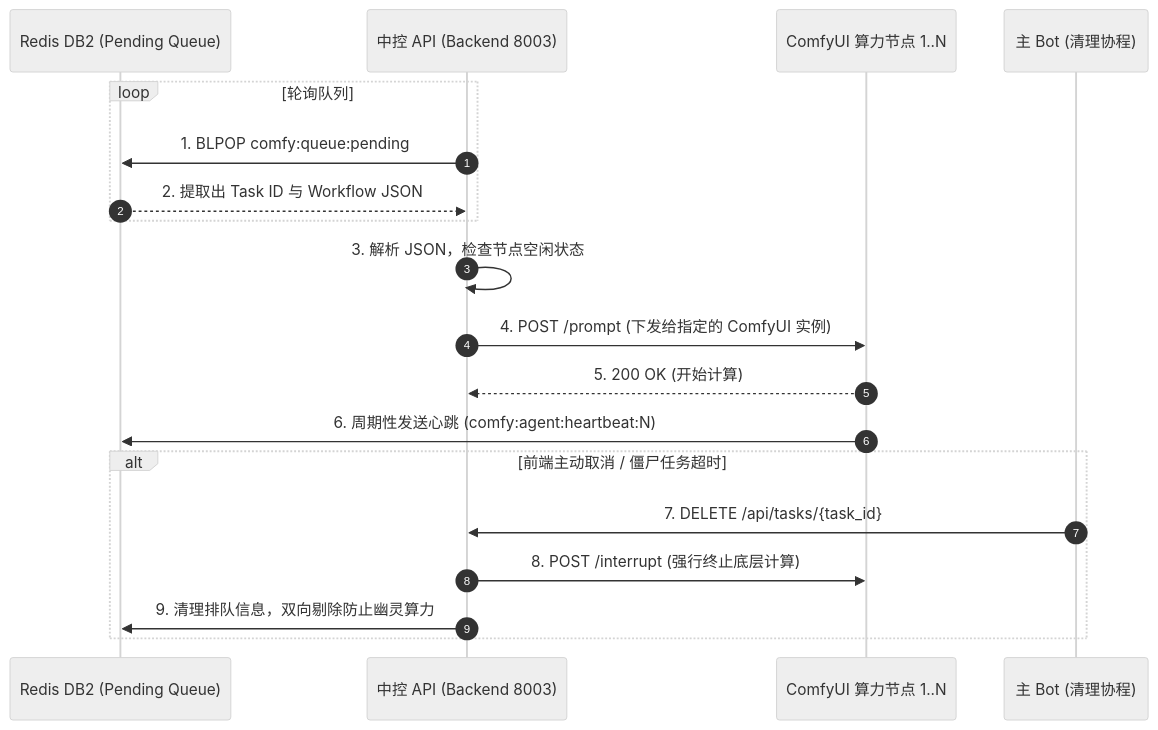
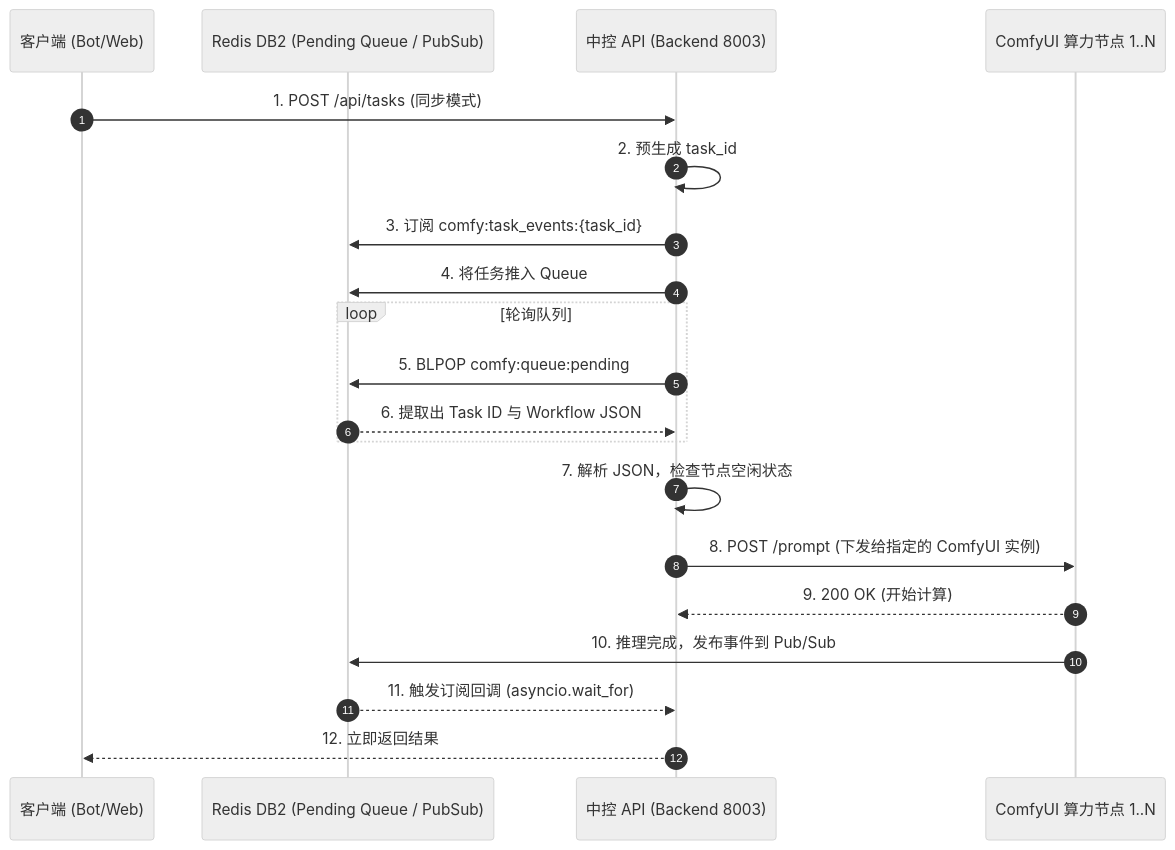
One commit to giraffu/All_bot changed the diagram in docs/子模块_中控API与节点通信_central_api.md. Above: the diagram before and after it, drawn with Mermaid (neutral theme). The commit also changed other lines of this file and 13 other files, not shown here.

````diff
--- a/docs/子模块_中控API与节点通信_central_api.md
+++ b/docs/子模块_中控API与节点通信_central_api.md
@@ -9,25 +9,26 @@
 ```mermaid
 sequenceDiagram
     autonumber
-    participant Redis2 as Redis DB2 (Pending Queue)
+    participant Client as 客户端 (Bot/Web)
+    participant Redis2 as Redis DB2 (Pending Queue / PubSub)
     participant CAPI as 中控 API (Backend 8003)
     participant Worker as ComfyUI 算力节点 1..N
-    participant Bot as 主 Bot (清理协程)
+    
+    Client->>CAPI: 1. POST /api/tasks (同步模式)
+    CAPI->>CAPI: 2. 预生成 task_id
+    CAPI->>Redis2: 3. 订阅 comfy:task_events:{task_id}
+    CAPI->>Redis2: 4. 将任务推入 Queue
     
     loop 轮询队列
-        CAPI->>Redis2: 1. BLPOP comfy:queue:pending
-        Redis2-->>CAPI: 2. 提取出 Task ID 与 Workflow JSON
+        CAPI->>Redis2: 5. BLPOP comfy:queue:pending
+        Redis2-->>CAPI: 6. 提取出 Task ID 与 Workflow JSON
     end
     
-    CAPI->>CAPI: 3. 解析 JSON，检查节点空闲状态
-    CAPI->>Worker: 4. POST /prompt (下发给指定的 ComfyUI 实例)
-    Worker-->>CAPI: 5. 200 OK (开始计算)
+    CAPI->>CAPI: 7. 解析 JSON，检查节点空闲状态
+    CAPI->>Worker: 8. POST /prompt (下发给指定的 ComfyUI 实例)
+    Worker-->>CAPI: 9. 200 OK (开始计算)
     
-    Worker->>Redis2: 6. 周期性发送心跳 (comfy:agent:heartbeat:N)
-    
-    alt 前端主动取消 / 僵尸任务超时
-        Bot->>CAPI: 7. DELETE /api/tasks/{task_id}
-        CAPI->>Worker: 8. POST /interrupt (强行终止底层计算)
-        CAPI->>Redis2: 9. 清理排队信息，双向剔除防止幽灵算力
-    end
+    Worker->>Redis2: 10. 推理完成，发布事件到 Pub/Sub
+    Redis2-->>CAPI: 11. 触发订阅回调 (asyncio.wait_for)
+    CAPI-->>Client: 12. 立即返回结果
 ```
````
